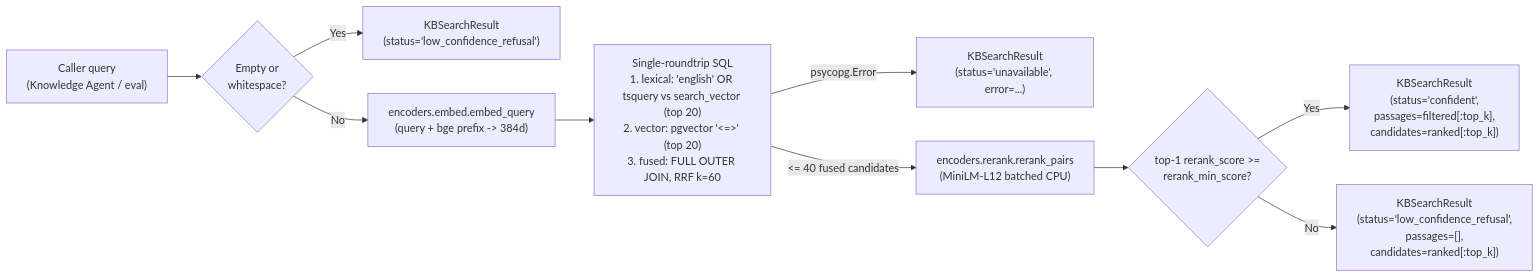
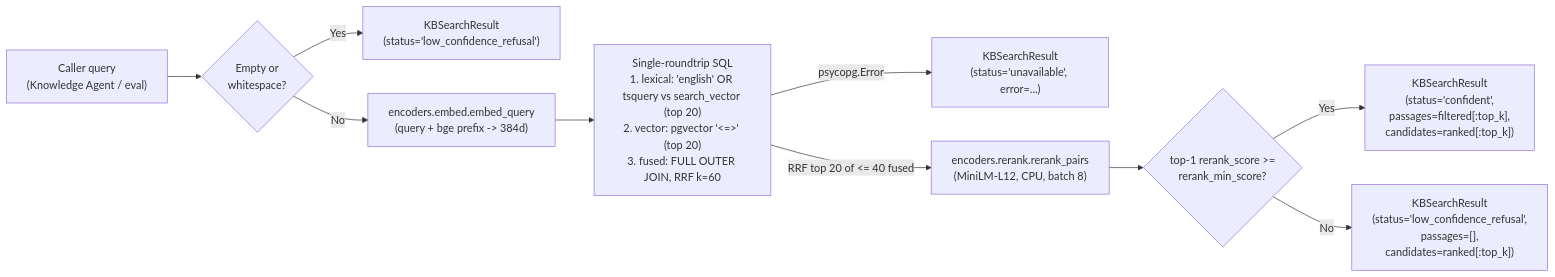
Before and after one commit to yaara-manor/cato-networks: the diagram in docs/plans/14-kb_retrieval_and_lookup_policy/design.md, drawn with Mermaid. The commit also changed other lines of this file and 2 other files, not shown here.

````diff
--- a/docs/plans/14-kb_retrieval_and_lookup_policy/design.md
+++ b/docs/plans/14-kb_retrieval_and_lookup_policy/design.md
@@ -44,12 +45,12 @@
 ```mermaid
 flowchart LR
     Query["Caller query\n(Knowledge Agent / eval)"] --> Guard{"Empty or\nwhitespace?"}
     Guard -- Yes --> Refusal["KBSearchResult\n(status='low_confidence_refusal')"]
     Guard -- No --> Embed["encoders.embed.embed_query\n(query + bge prefix -> 384d)"]
     Embed --> HybridSQL["Single-roundtrip SQL\n1. lexical: 'english' OR tsquery vs search_vector (top 20)\n2. vector: pgvector '<=>' (top 20)\n3. fused: FULL OUTER JOIN, RRF k=60"]
     HybridSQL -- "psycopg.Error" --> Unavail["KBSearchResult\n(status='unavailable', error=...)"]
-    HybridSQL -- "<= 40 fused candidates" --> Rerank["encoders.rerank.rerank_pairs\n(MiniLM-L12 batched CPU)"]
+    HybridSQL -- "RRF top 20 of <= 40 fused" --> Rerank["encoders.rerank.rerank_pairs\n(MiniLM-L12, CPU, batch 8)"]
     Rerank --> Gate{"top-1 rerank_score >=\nrerank_min_score?"}
     Gate -- Yes --> Confident["KBSearchResult\n(status='confident',\npassages=filtered[:top_k],\ncandidates=ranked[:top_k])"]
     Gate -- No --> LowConf["KBSearchResult\n(status='low_confidence_refusal',\npassages=[],\ncandidates=ranked[:top_k])"]
 ```
````
